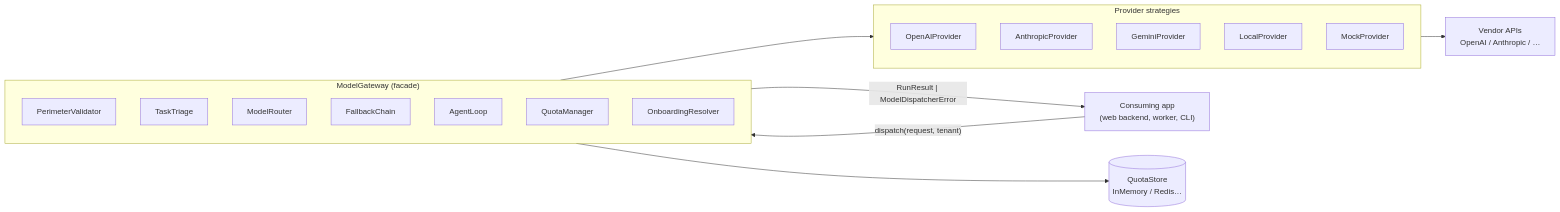
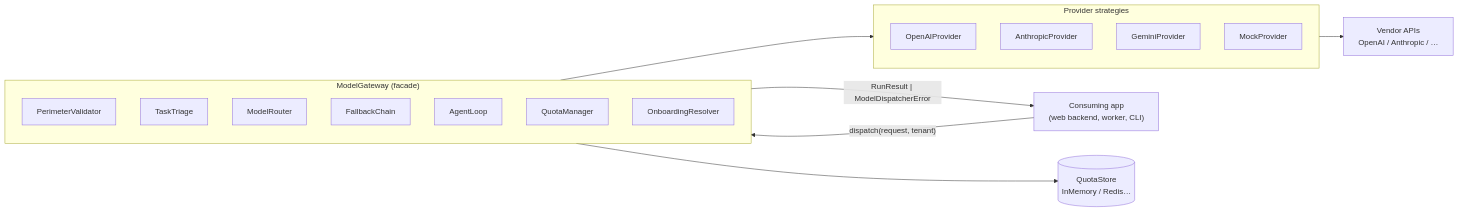
Before and after one commit to joka-7/ModelDispatcher: the first of 4 diagrams in docs/hld/hld.md, drawn with Mermaid. The commit also changed other lines of this file and 7 other files, not shown here.

First line of the commit message:
Merge ARCHITECTURE_PHASE2.md into ARCHITECTURE.md; delete unimplemented LocalProvider

````diff
--- a/docs/hld/hld.md
+++ b/docs/hld/hld.md
@@ -77,32 +75,31 @@
 ```mermaid
 flowchart LR
     Caller["Consuming app<br/>(web backend, worker, CLI)"]
 
     subgraph gw ["ModelGateway (facade)"]
         direction TB
         Perimeter[PerimeterValidator]
         Triage[TaskTriage]
         Router[ModelRouter]
         Chain[FallbackChain]
         Loop[AgentLoop]
         Quota[QuotaManager]
         Onboard[OnboardingResolver]
     end
 
     subgraph ext ["Provider strategies"]
         OpenAI[OpenAIProvider]
         Anthropic[AnthropicProvider]
         Gemini[GeminiProvider]
-        Local[LocalProvider]
         Mock[MockProvider]
     end
 
     Store[(QuotaStore<br/>InMemory / Redis…)]
     Vendors["Vendor APIs<br/>OpenAI / Anthropic / …"]
 
     Caller -->|"dispatch(request, tenant)"| gw
     gw --> ext
     ext --> Vendors
     Quota --> Store
     gw -->|"RunResult | ModelDispatcherError"| Caller
 ```
````
